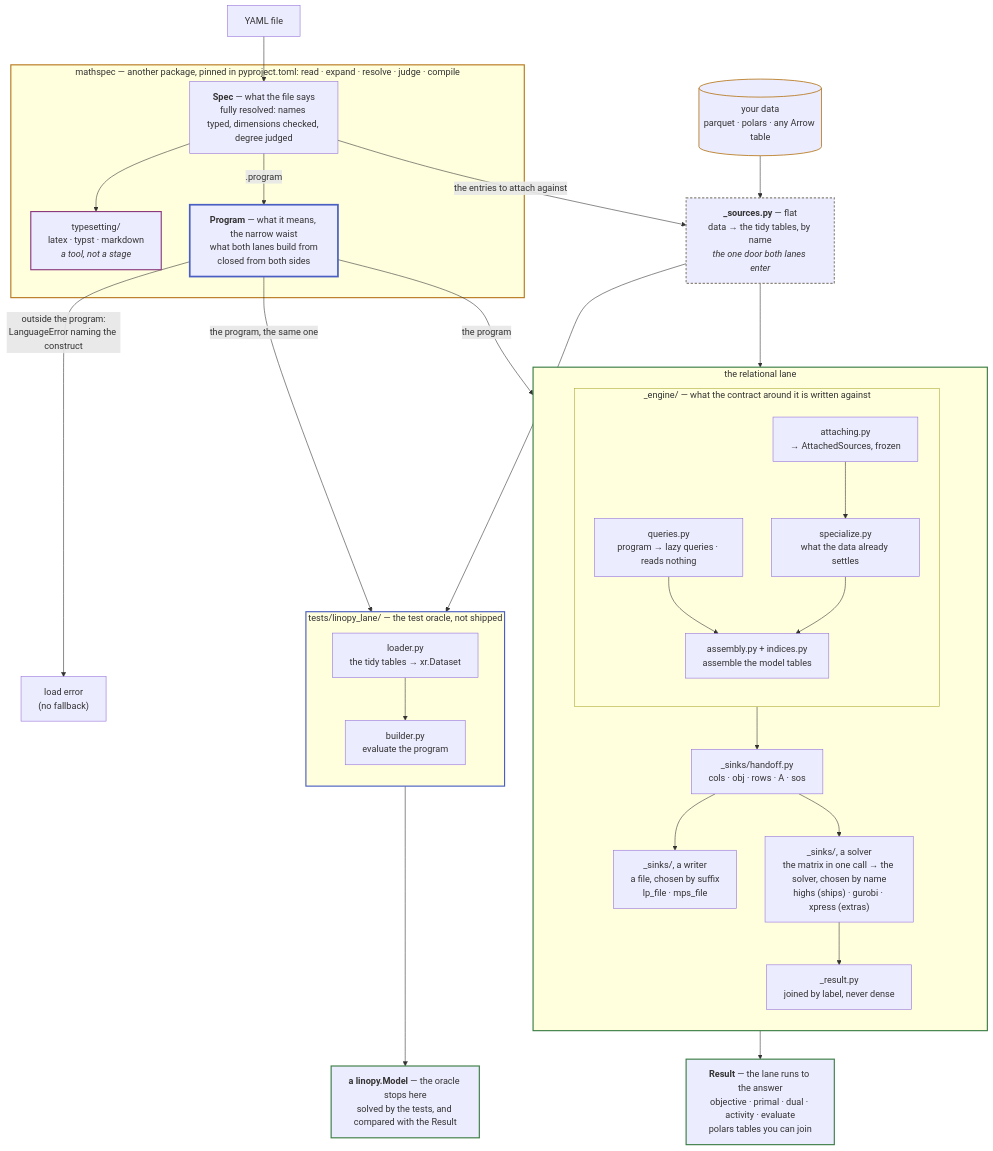
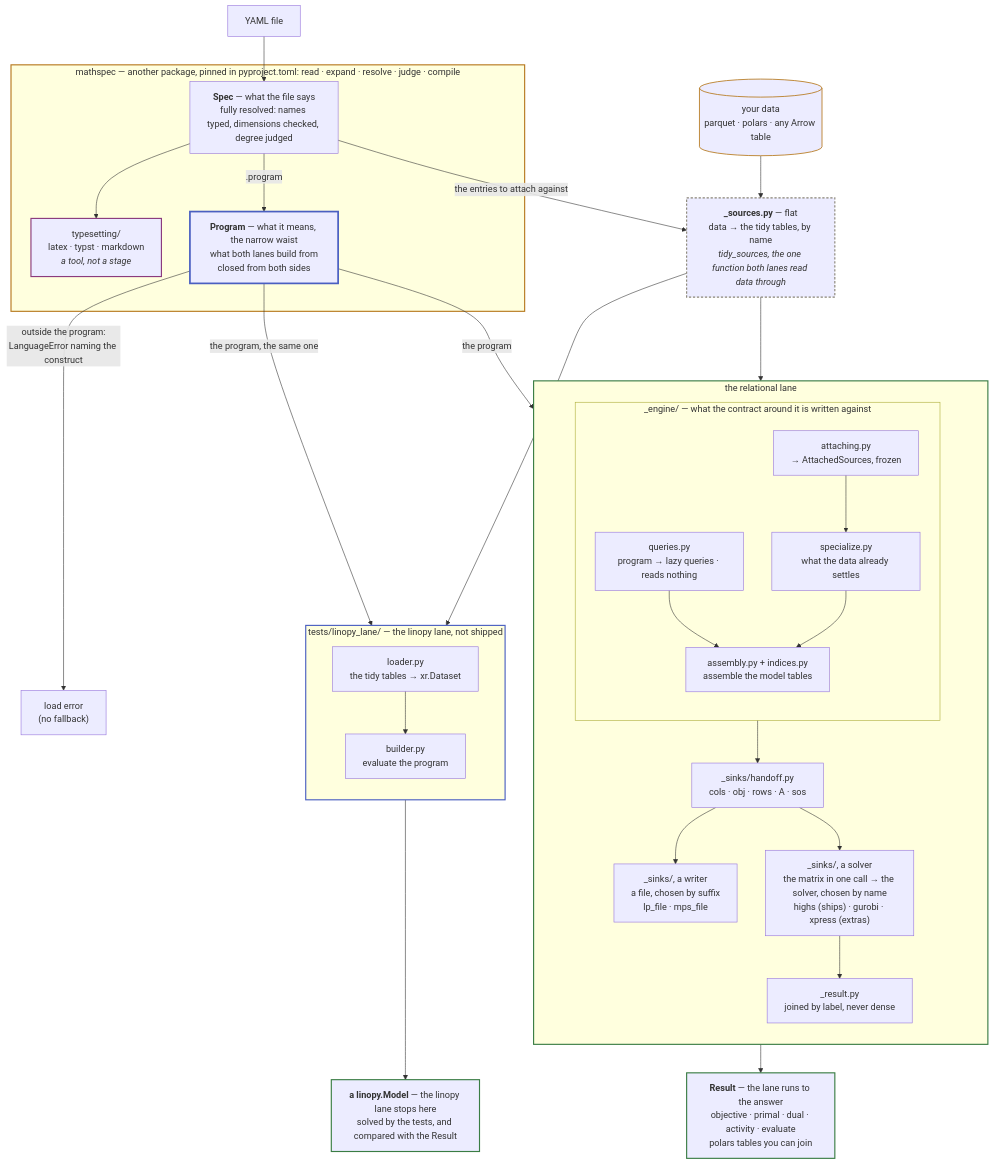
Before and after one commit to fluxopt/specsolve: the diagram in docs/development/architecture.md, drawn with Mermaid. The commit also changed other lines of this file and 181 other files, not shown here.

````diff
--- a/docs/development/architecture.md
+++ b/docs/development/architecture.md
@@ -19,60 +19,60 @@
 ```mermaid
 flowchart TB
     Y[YAML file] --> SPEC
     DATA[("your data<br/>parquet · polars · any Arrow table")] --> SRC
 
     subgraph MS["mathspec — another package, pinned in pyproject.toml: read · expand · resolve · judge · compile"]
         SPEC["<b>Spec</b> — what the file says<br/>fully resolved: names typed, dimensions checked, degree judged"]
         SPEC --> TS["typesetting/<br/>latex · typst · markdown<br/><i>a tool, not a stage</i>"]
         SPEC -->|".program"| PLAN["<b>Program</b> — what it means, the narrow waist<br/>what both lanes build from<br/>closed from both sides"]
     end
 
     SPEC -->|"the entries to attach against"| SRC
-    SRC["<b>_sources.py</b> — flat<br/>data → the tidy tables, by name<br/><i>the one door both lanes enter</i>"]
+    SRC["<b>_sources.py</b> — flat<br/>data → the tidy tables, by name<br/><i>tidy_sources, the one function both lanes read data through</i>"]
 
     PLAN -->|"outside the program:<br/>LanguageError naming the construct"| ERR["load error<br/>(no fallback)"]
     PLAN -->|"the program"| QUERIES
     SRC --> ATTACH
     PLAN -->|"the program, the same one"| BUILD
     SRC --> LOAD
 
     subgraph REL["the relational lane"]
         direction TB
         subgraph ENG["_engine/ — what the contract around it is written against"]
             direction TB
             QUERIES["queries.py<br/>program → lazy queries · reads nothing"] --> ENGINE
             ATTACH["attaching.py<br/>→ AttachedSources, frozen"] --> SPECIALIZE["specialize.py<br/>what the data already settles"]
             SPECIALIZE --> ENGINE["assembly.py + indices.py<br/>assemble the model tables"]
         end
         ENG --> TABLES["_sinks/handoff.py<br/>cols · obj · rows · A · sos"]
         TABLES --> LPS["_sinks/, a writer<br/>a file, chosen by suffix<br/>lp_file · mps_file"]
         TABLES --> DIRECT["_sinks/, a solver<br/>the matrix in one call → the solver, chosen by name<br/>highs (ships) · gurobi · xpress (extras)"]
         DIRECT --> SOL["_result.py<br/>joined by label, never dense"]
     end
 
     SOL --> ANS["<b>Result</b> — the lane runs to the answer<br/>objective · primal · dual · activity · evaluate<br/>polars tables you can join"]
 
-    subgraph LIN["tests/linopy_lane/ — the test oracle, not shipped"]
+    subgraph LIN["tests/linopy_lane/ — the linopy lane, not shipped"]
         direction TB
         LOAD["loader.py<br/>the tidy tables → xr.Dataset"] --> BUILD["builder.py<br/>evaluate the program"]
     end
 
-    BUILD --> MODEL["<b>a linopy.Model</b> — the oracle stops here<br/>solved by the tests, and compared with the Result"]
+    BUILD --> MODEL["<b>a linopy.Model</b> — the linopy lane stops here<br/>solved by the tests, and compared with the Result"]
 
     classDef laneL stroke:#b7791f,stroke-width:2px
     classDef laneR stroke:#3a7d44,stroke-width:2px
     classDef laneE stroke:#4a5fc1,stroke-width:2px
     classDef laneT stroke:#8b3a7d,stroke-width:2px
     classDef waist stroke:#4a5fc1,stroke-width:3px
     classDef flat stroke:#8a8578,stroke-width:2px,stroke-dasharray:4 3
     classDef data stroke:#b7791f,stroke-width:1.5px
     classDef out stroke:#3a7d44,stroke-width:2px
     class MS laneL
     class REL laneR
     class LIN laneE
     class TS laneT
     class PLAN waist
     class SRC flat
     class DATA data
     class ANS,MODEL out
 ```
````
